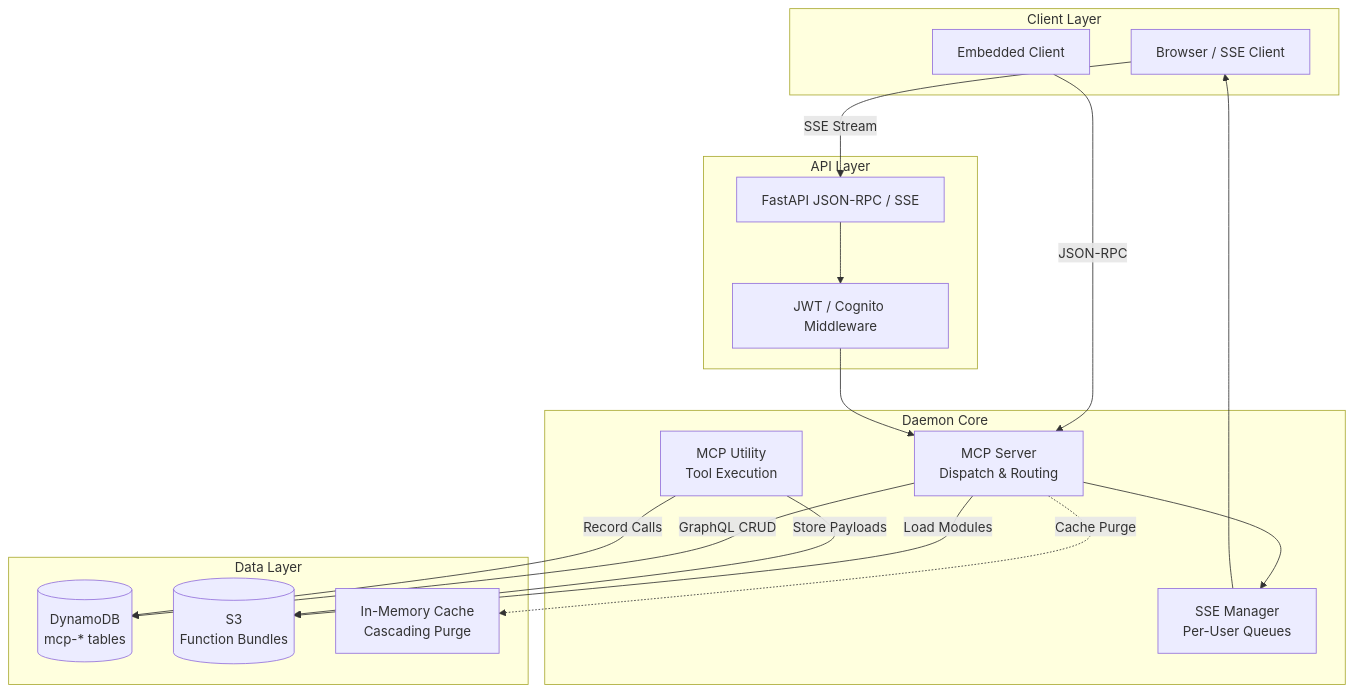
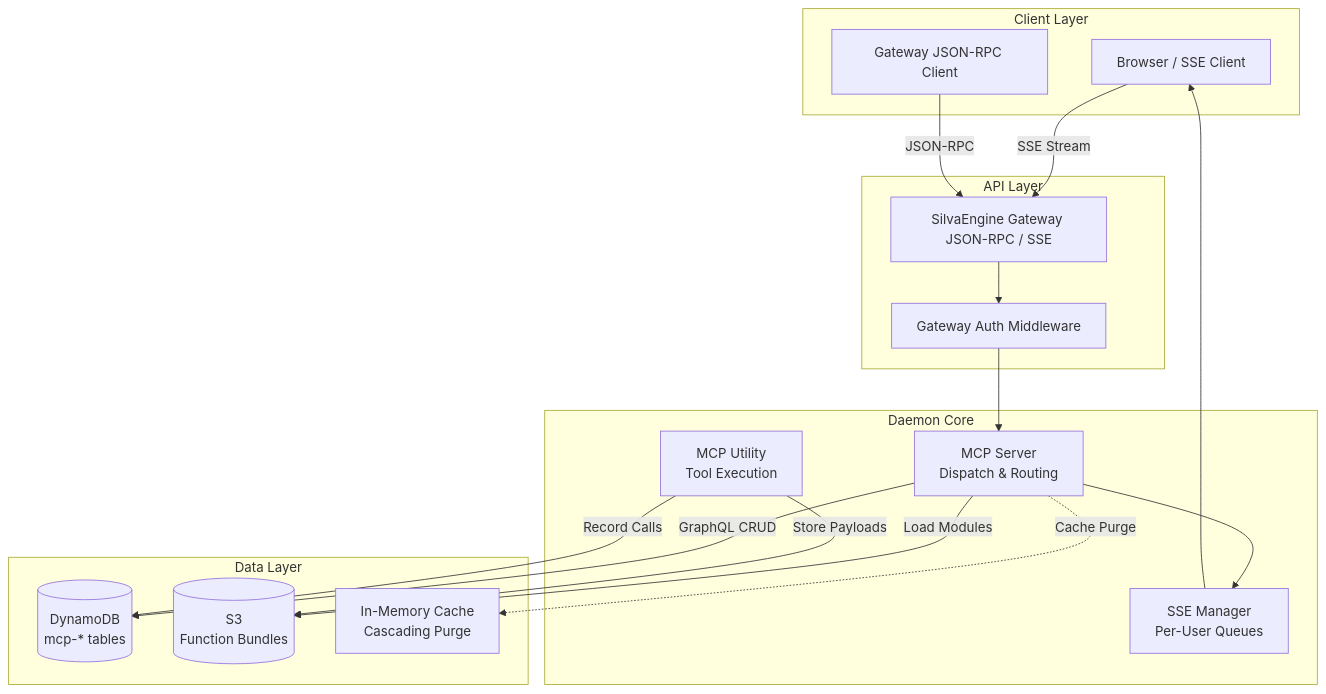
The first of 3 diagrams in docs/DEVELOPMENT_PLAN.md (ideabosque/mcp_daemon_engine), drawn with Mermaid before and after one commit. The commit also changed other lines of this file and 21 other files, not shown here.

````diff
--- a/docs/DEVELOPMENT_PLAN.md
+++ b/docs/DEVELOPMENT_PLAN.md
@@ -152,34 +152,34 @@
 ```mermaid
 graph TB
     subgraph Client Layer
         Browser[Browser / SSE Client]
-        StdioClient[Embedded Client]
+        GatewayClient[Gateway JSON-RPC Client]
     end
 
     subgraph API Layer
-        FastAPI[FastAPI JSON-RPC / SSE]
-        Auth[JWT / Cognito Middleware]
+        Gateway[SilvaEngine Gateway JSON-RPC / SSE]
+        Auth[Gateway Auth Middleware]
     end
 
     subgraph Daemon Core
         MCPServer[MCP Server<br/>Dispatch & Routing]
         SSEMgr[SSE Manager<br/>Per-User Queues]
         MCPUtils[MCP Utility<br/>Tool Execution]
     end
 
     subgraph Data Layer
         DDB[(DynamoDB<br/>mcp-* tables)]
         S3[(S3<br/>Function Bundles)]
         Cache[In-Memory Cache<br/>Cascading Purge]
     end
 
-    Browser -->|SSE Stream| FastAPI
-    StdioClient -->|JSON-RPC| MCPServer
-    FastAPI --> Auth --> MCPServer
+    Browser -->|SSE Stream| Gateway
+    GatewayClient -->|JSON-RPC| Gateway
+    Gateway --> Auth --> MCPServer
     MCPServer -->|GraphQL CRUD| DDB
     MCPServer -->|Load Modules| S3
     MCPServer --> SSEMgr --> Browser
     MCPUtils -->|Record Calls| DDB
     MCPUtils -->|Store Payloads| S3
     MCPServer -.->|Cache Purge| Cache
 ```
````
